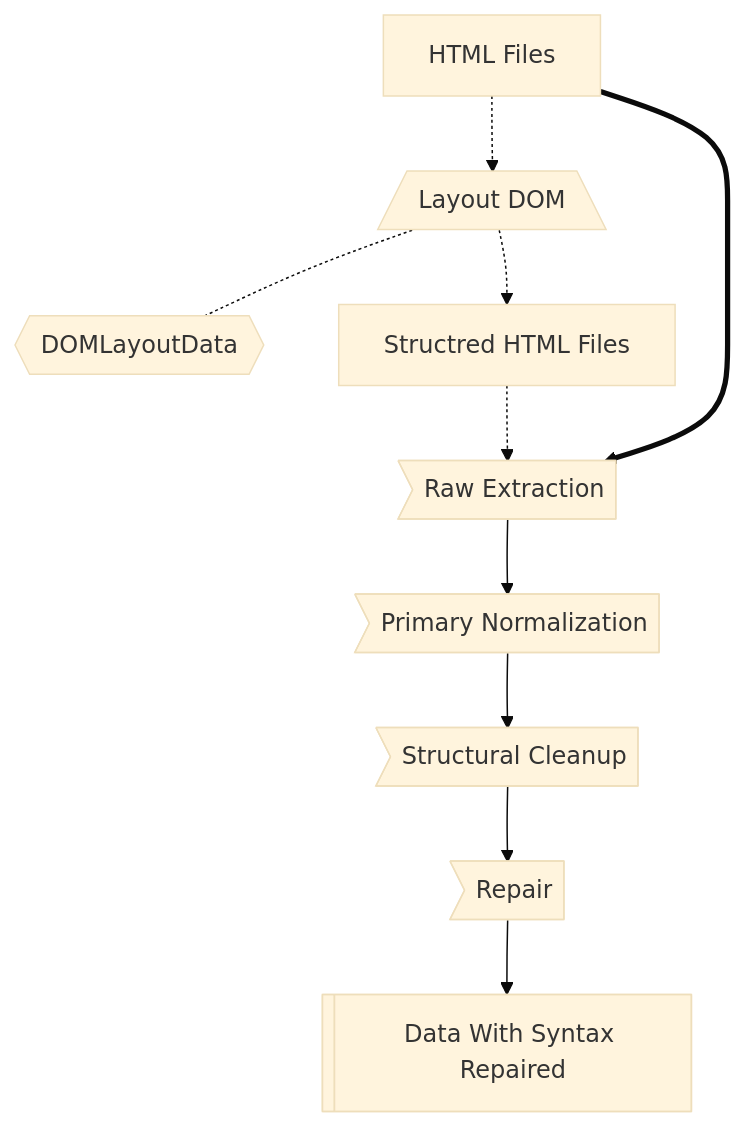
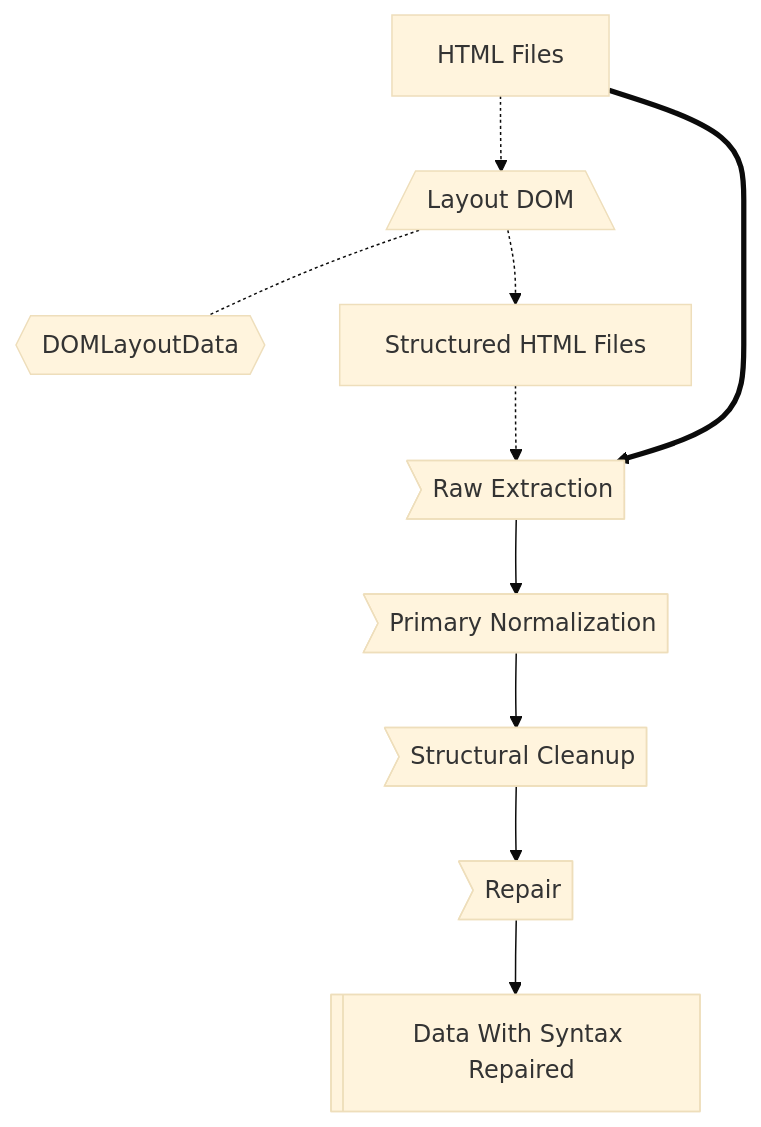
Before and after one commit to vinnylg/leafletslm: the second of 2 diagrams in docs/design/datasets/transform/extractor.md, drawn with Mermaid (base theme). The commit also changed other lines of this file and 14 other files, not shown here.

````diff
--- a/docs/design/datasets/transform/extractor.md
+++ b/docs/design/datasets/transform/extractor.md
@@ -27,19 +57,17 @@
 ```mermaid
 flowchart TD
-
     HTML[HTML Files]
     DOM[/Layout DOM\] -.- DLD{{DOMLayoutData}}
-    EHTML[Structred HTML Files]
+    EHTML[Structured HTML Files]
 
-    HTML ~~~ DLD  ~~~ HExt
+    HTML ~~~ DLD ~~~ HExt
 
     HExt>Raw Extraction]
     HNorm>Primary Normalization]
     HCorr>Structural Cleanup]
     HRep>Repair]
     HOut@{ shape: lin-rect, label: "Data With Syntax Repaired" }
 
     HTML -.-> DOM -.-> EHTML -.-> HExt
     HTML ==> HExt --> HNorm --> HCorr --> HRep --> HOut
-
 ```
````
